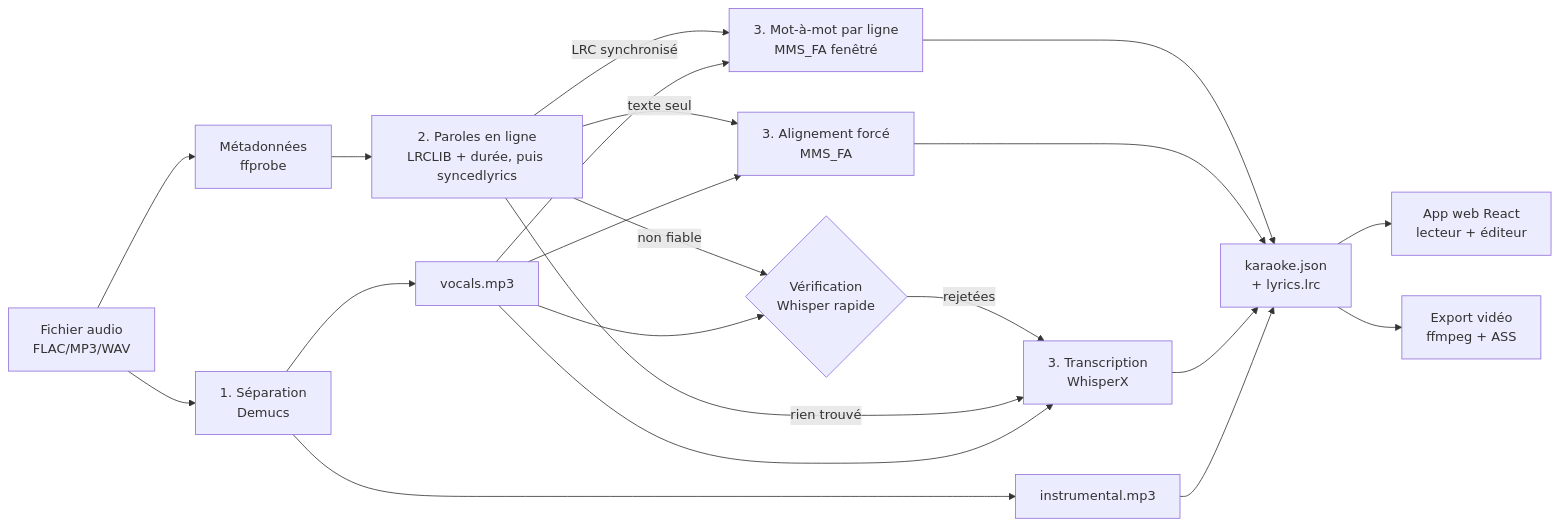
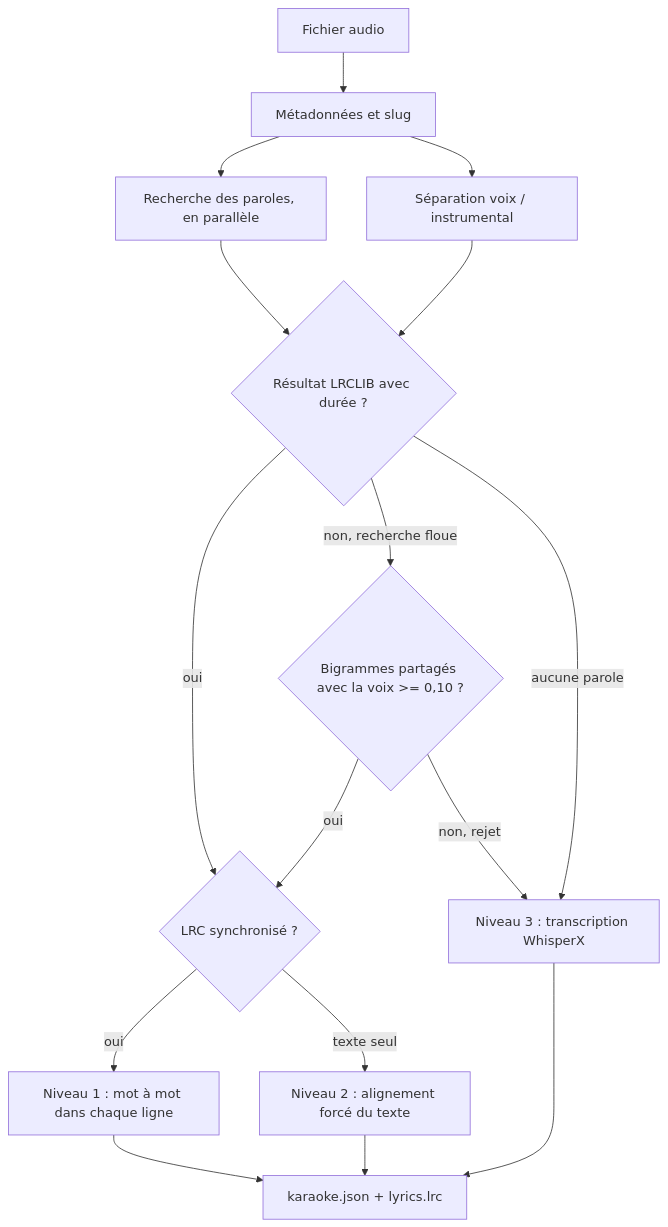
Before and after one commit to floSa/karaokit: the second of 3 diagrams in docs/ARCHITECTURE.md, drawn with Mermaid. The commit also changed other lines of this file and 4 other files, not shown here.

Commit message:
docs: documentation refaite (README, cadrage, architecture, étude), sans émojis

````diff
--- a/docs/ARCHITECTURE.md
+++ b/docs/ARCHITECTURE.md
@@ -13,23 +159,18 @@
 ```mermaid
-flowchart LR
-    A[Fichier audio<br/>FLAC/MP3/WAV] --> S[1. Séparation<br/>Demucs]
-    S --> I[instrumental.mp3]
-    S --> V[vocals.mp3]
-    A --> M[Métadonnées<br/>ffprobe]
-    M --> L[2. Paroles en ligne<br/>LRCLIB + durée, puis syncedlyrics]
-    L -->|non fiable| VF{Vérification<br/>Whisper rapide}
-    V --> VF
-    VF -->|rejetées| TR
-    L -->|LRC synchronisé| WL[3. Mot-à-mot par ligne<br/>MMS_FA fenêtré]
-    V --> WL
-    WL --> J[karaoke.json<br/>+ lyrics.lrc]
-    L -->|texte seul| AL[3. Alignement forcé<br/>MMS_FA]
-    V --> AL
-    L -->|rien trouvé| TR[3. Transcription<br/>WhisperX]
-    V --> TR
-    AL --> J
-    TR --> J
-    I --> J
-    J --> W[App web React<br/>lecteur + éditeur]
-    J --> X[Export vidéo<br/>ffmpeg + ASS]
+flowchart TD
+  start[Fichier audio] --> meta[Métadonnées et slug]
+  meta --> par[Recherche des paroles, en parallèle]
+  meta --> sep[Séparation voix / instrumental]
+  par --> trusted{Résultat LRCLIB avec durée ?}
+  sep --> trusted
+  trusted -->|oui| kind{LRC synchronisé ?}
+  trusted -->|non, recherche floue| check{Bigrammes partagés avec la voix >= 0,10 ?}
+  check -->|oui| kind
+  check -->|non, rejet| n3[Niveau 3 : transcription WhisperX]
+  trusted -->|aucune parole| n3
+  kind -->|oui| n1[Niveau 1 : mot à mot dans chaque ligne]
+  kind -->|texte seul| n2[Niveau 2 : alignement forcé du texte]
+  n1 --> out[karaoke.json + lyrics.lrc]
+  n2 --> out
+  n3 --> out
 ```
````
